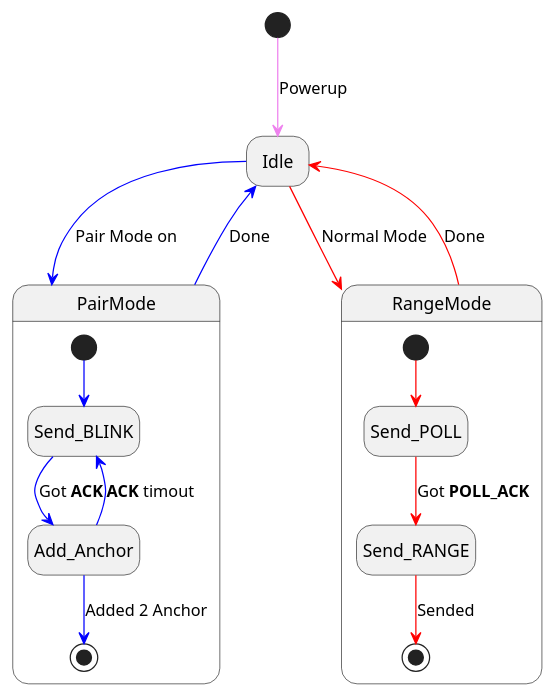
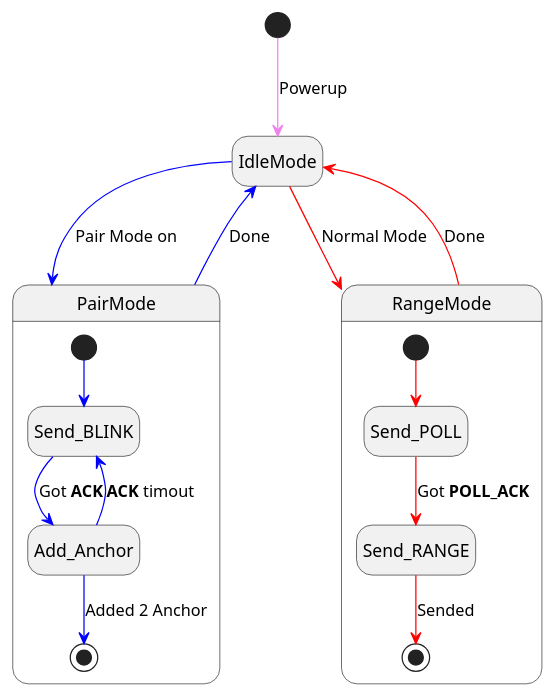
The third of 4 diagrams in doc/UD_ranging.md (eastWillow/arduino-dw1000), drawn with PlantUML before and after one commit. The commit also changed other lines of this file and 9 other files, not shown here.

````diff
--- a/doc/UD_ranging.md
+++ b/doc/UD_ranging.md
@@ -41,21 +41,21 @@
 ```plantuml
 @startuml
 hide empty description
-[*] --[#violet]> Idle : Powerup
-Idle --[#blue]>  PairMode : Pair Mode on
+[*] --[#violet]> IdleMode : Powerup
+IdleMode --[#blue]>  PairMode : Pair Mode on
 state PairMode{
     [*] --[#blue]> Send_BLINK
     Send_BLINK --[#blue]> Add_Anchor : Got **ACK**
     Add_Anchor --[#blue]> Send_BLINK : **ACK** timout
     Add_Anchor --[#blue]> [*]  : Added 2 Anchor
 }
-PairMode --[#blue]> Idle : Done
-Idle --[#red]>  RangeMode : Normal Mode
+PairMode --[#blue]> IdleMode : Done
+IdleMode --[#red]>  RangeMode : Normal Mode
 state RangeMode{
     [*] --[#red]> Send_POLL
     Send_POLL --[#red]> Send_RANGE : Got **POLL_ACK**
     Send_RANGE --[#red]> [*]  : Sended
 }
-RangeMode --[#red]> Idle : Done
+RangeMode --[#red]> IdleMode : Done
 @enduml
 ```
````
